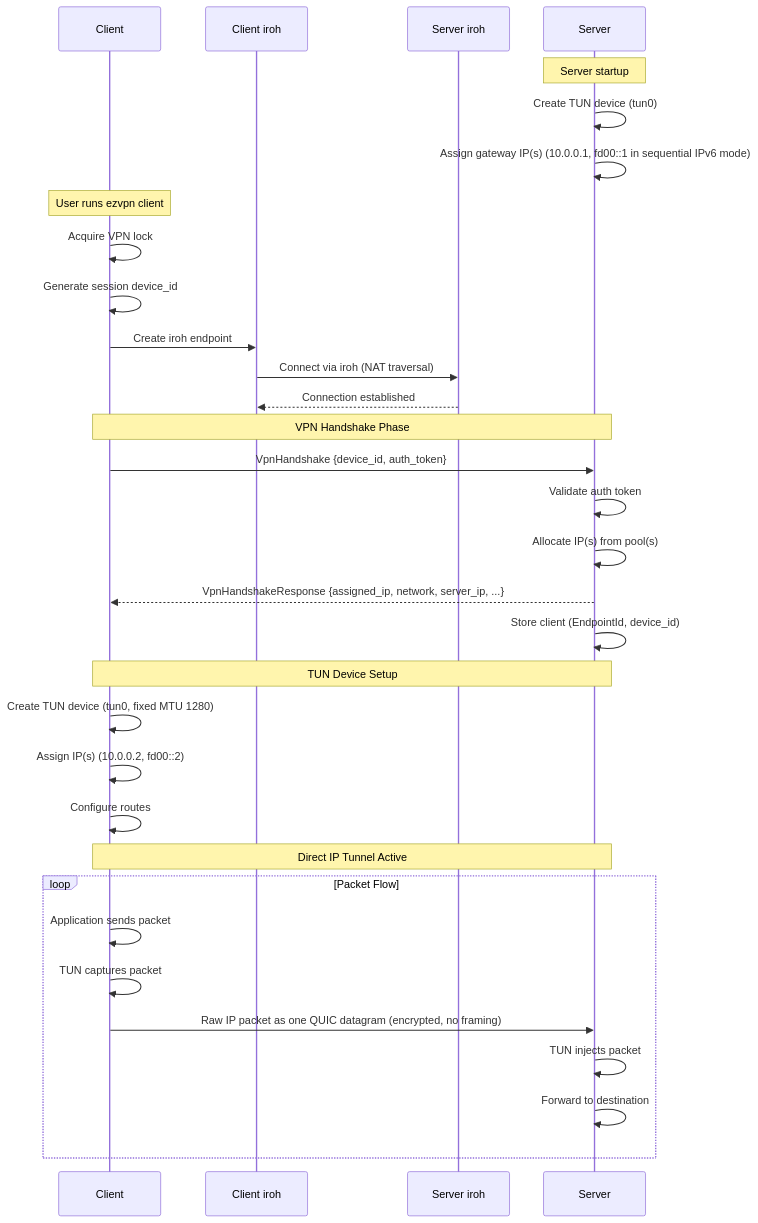
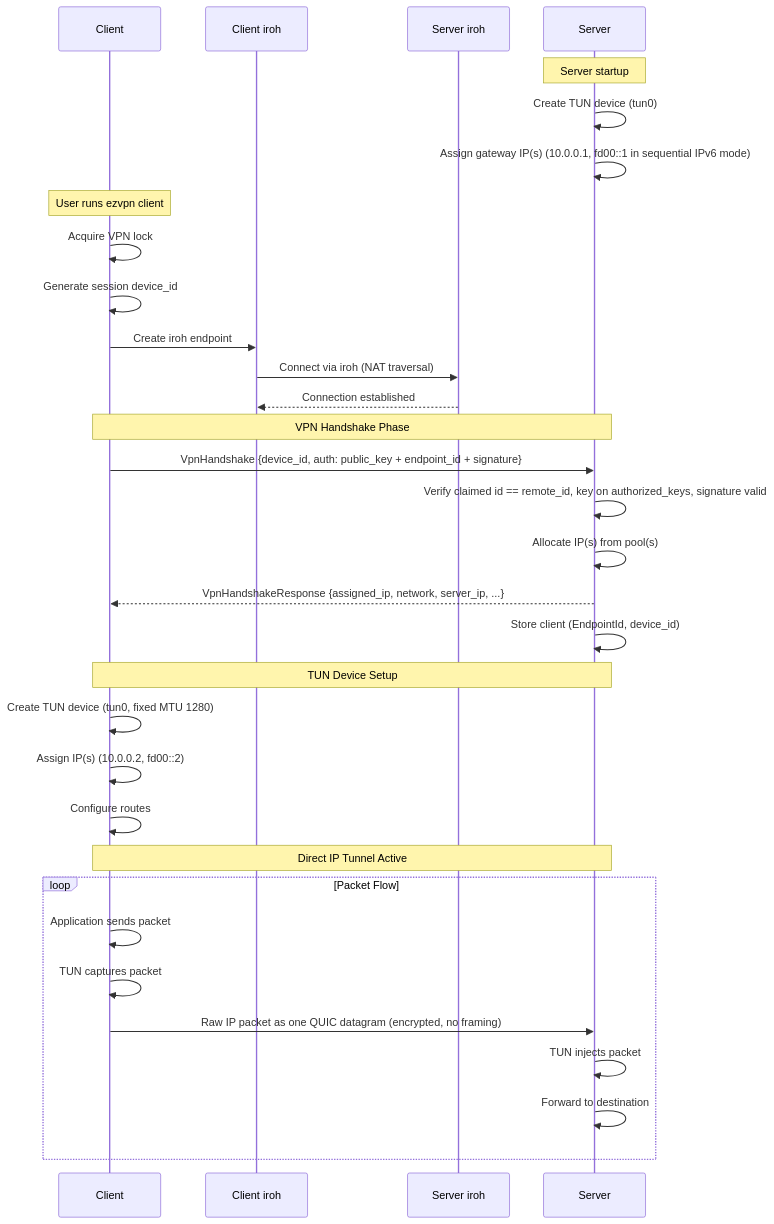
One commit to andrewtheguy/ezvpn changed the third of 6 diagrams in docs/Architecture.md. Above: the diagram before and after it, drawn with Mermaid. The commit also changed other lines of this file and 19 other files, not shown here.

````diff
--- a/docs/Architecture.md
+++ b/docs/Architecture.md
@@ -108,40 +108,40 @@
 ```mermaid
 sequenceDiagram
     participant C as Client
     participant CI as Client iroh
     participant SI as Server iroh
     participant S as Server
 
     Note over S: Server startup
     S->>S: Create TUN device (tun0)
     S->>S: Assign gateway IP(s) (10.0.0.1, fd00::1 in sequential IPv6 mode)
 
     Note over C: User runs ezvpn client
     C->>C: Acquire VPN lock
     C->>C: Generate session device_id
     C->>CI: Create iroh endpoint
 
     CI->>SI: Connect via iroh (NAT traversal)
     SI-->>CI: Connection established
 
     Note over C,S: VPN Handshake Phase
-    C->>S: VpnHandshake {device_id, auth_token}
-    S->>S: Validate auth token
+    C->>S: VpnHandshake {device_id, auth: public_key + endpoint_id + signature}
+    S->>S: Verify claimed id == remote_id, key on authorized_keys, signature valid
     S->>S: Allocate IP(s) from pool(s)
     S-->>C: VpnHandshakeResponse {assigned_ip, network, server_ip, ...}
     S->>S: Store client (EndpointId, device_id)
 
     Note over C,S: TUN Device Setup
     C->>C: Create TUN device (tun0, fixed MTU 1280)
     C->>C: Assign IP(s) (10.0.0.2, fd00::2)
     C->>C: Configure routes
 
     Note over C,S: Direct IP Tunnel Active
     loop Packet Flow
         C->>C: Application sends packet
         C->>C: TUN captures packet
         C->>S: Raw IP packet as one QUIC datagram (encrypted, no framing)
         S->>S: TUN injects packet
         S->>S: Forward to destination
     end
 ```
````
